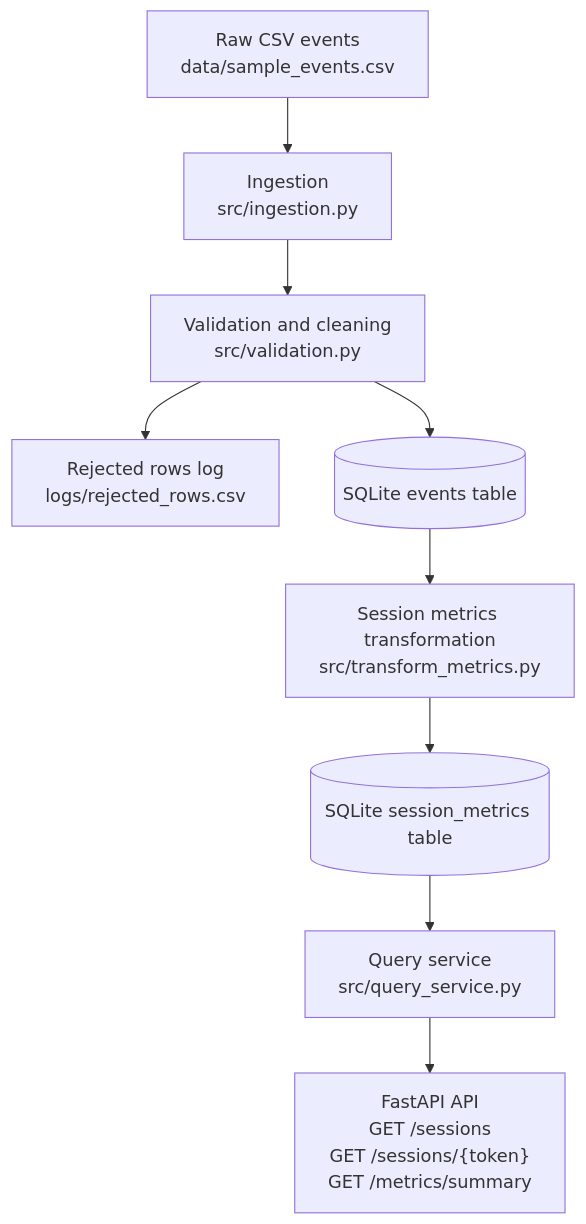
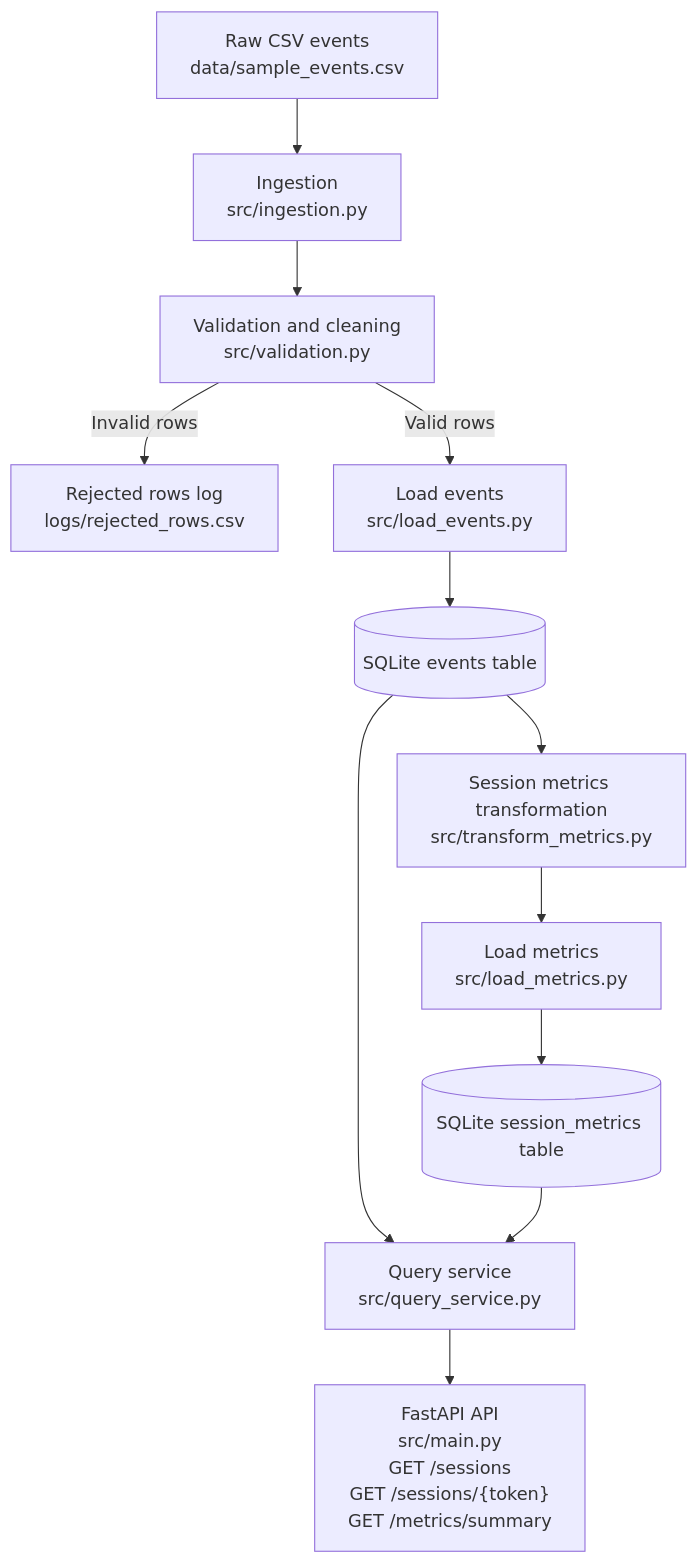
Before and after one commit to intnrlyana/User_Analytics_Pipeline: the diagram in README.md, drawn with Mermaid.

Commit message:
Edit: Flowchart

````diff
--- a/README.md
+++ b/README.md
@@ -9,11 +9,14 @@
 ```mermaid
 flowchart TD
     A["Raw CSV events<br/>data/sample_events.csv"] --> B["Ingestion<br/>src/ingestion.py"]
     B --> C["Validation and cleaning<br/>src/validation.py"]
-    C --> D["Rejected rows log<br/>logs/rejected_rows.csv"]
-    C --> E[("SQLite events table")]
-    E --> F["Session metrics transformation<br/>src/transform_metrics.py"]
-    F --> G[("SQLite session_metrics table")]
-    G --> H["Query service<br/>src/query_service.py"]
-    H --> I["FastAPI API<br/>GET /sessions<br/>GET /sessions/{token}<br/>GET /metrics/summary"]
+    C -->|Invalid rows| D["Rejected rows log<br/>logs/rejected_rows.csv"]
+    C -->|Valid rows| E["Load events<br/>src/load_events.py"]
+    E --> F[("SQLite events table")]
+    F --> G["Session metrics transformation<br/>src/transform_metrics.py"]
+    G --> H["Load metrics<br/>src/load_metrics.py"]
+    H --> I[("SQLite session_metrics table")]
+    F --> J["Query service<br/>src/query_service.py"]
+    I --> J
+    J --> K["FastAPI API<br/>src/main.py<br/>GET /sessions<br/>GET /sessions/{token}<br/>GET /metrics/summary"]
 ```
````
